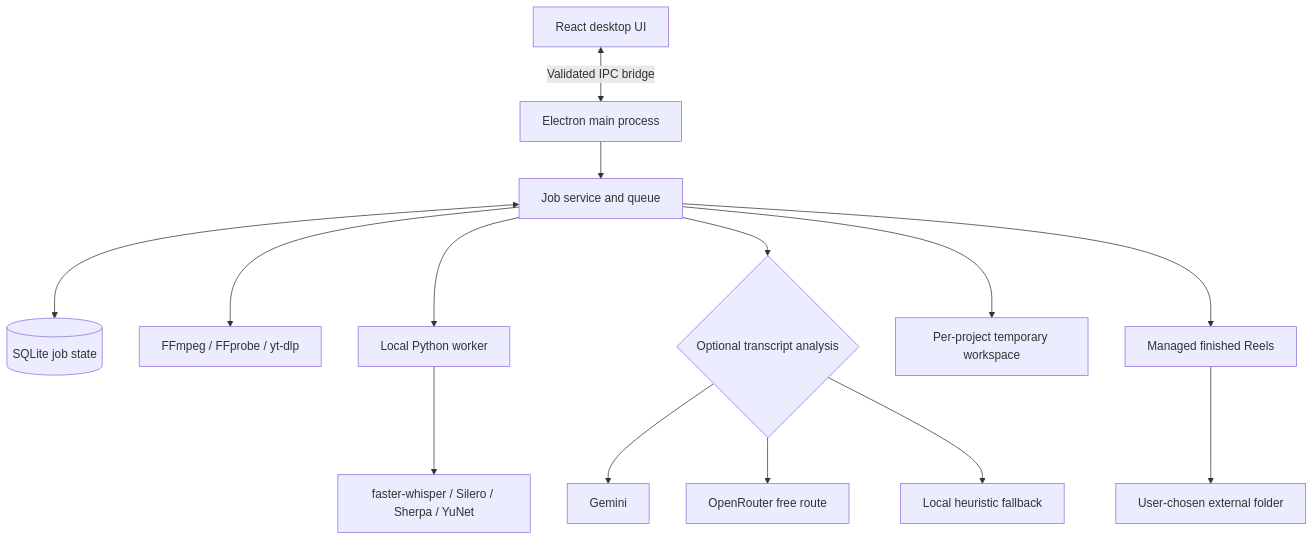
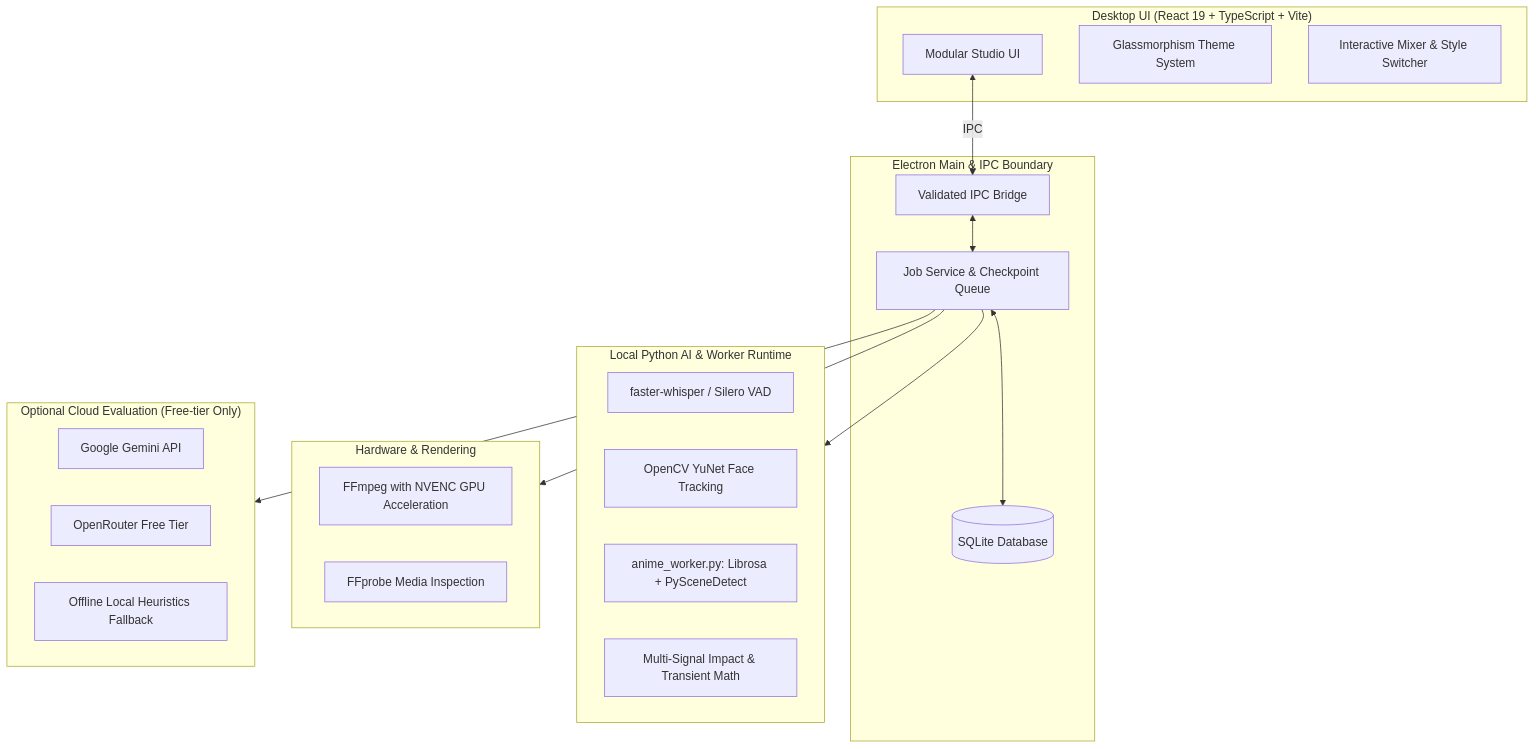
Before and after one commit to yushy07/reelmind: the second of 2 diagrams in README.md, drawn with Mermaid. The commit also changed other lines of this file and 2 other files, not shown here.

Commit message:
docs(readme): update documentation with studio showcases, screenshots, and architecture

````diff
--- a/README.md
+++ b/README.md
@@ -97,16 +138,39 @@
 ```mermaid
 flowchart TB
-    UI[React desktop UI] <-->|Validated IPC bridge| Main[Electron main process]
-    Main --> Service[Job service and queue]
-    Service <--> DB[(SQLite job state)]
-    Service --> Media[FFmpeg / FFprobe / yt-dlp]
-    Service --> Worker[Local Python worker]
-    Worker --> Models[faster-whisper / Silero / Sherpa / YuNet]
-    Service --> Providers{Optional transcript analysis}
-    Providers --> Gemini[Gemini]
-    Providers --> Router[OpenRouter free route]
-    Providers --> Local[Local heuristic fallback]
-    Service --> Work[Per-project temporary workspace]
-    Service --> Outputs[Managed finished Reels]
-    Outputs --> Save[User-chosen external folder]
+    subgraph Frontend["Desktop UI (React 19 + TypeScript + Vite)"]
+        UI[Modular Studio UI]
+        Theme[Glassmorphism Theme System]
+        Controls[Interactive Mixer & Style Switcher]
+    end
+
+    subgraph MainProcess["Electron Main & IPC Boundary"]
+        IPC[Validated IPC Bridge]
+        Service[Job Service & Checkpoint Queue]
+        Store[(SQLite Database)]
+    end
+
+    subgraph Engine["Local Python AI & Worker Runtime"]
+        Whisper[faster-whisper / Silero VAD]
+        Vision[OpenCV YuNet Face Tracking]
+        AnimeWorker[anime_worker.py: Librosa + PySceneDetect]
+        Scorer[Multi-Signal Impact & Transient Math]
+    end
+
+    subgraph MediaTools["Hardware & Rendering"]
+        FFmpeg[FFmpeg with NVENC GPU Acceleration]
+        FFprobe[FFprobe Media Inspection]
+    end
+
+    subgraph CloudOpt["Optional Cloud Evaluation (Free-tier Only)"]
+        Gemini[Google Gemini API]
+        Router[OpenRouter Free Tier]
+        LocalHeuristic[Offline Local Heuristics Fallback]
+    end
+
+    UI <-->|IPC| IPC
+    IPC <--> Service
+    Service <--> Store
+    Service --> Engine
+    Service --> MediaTools
+    Service --> CloudOpt
 ```
````
